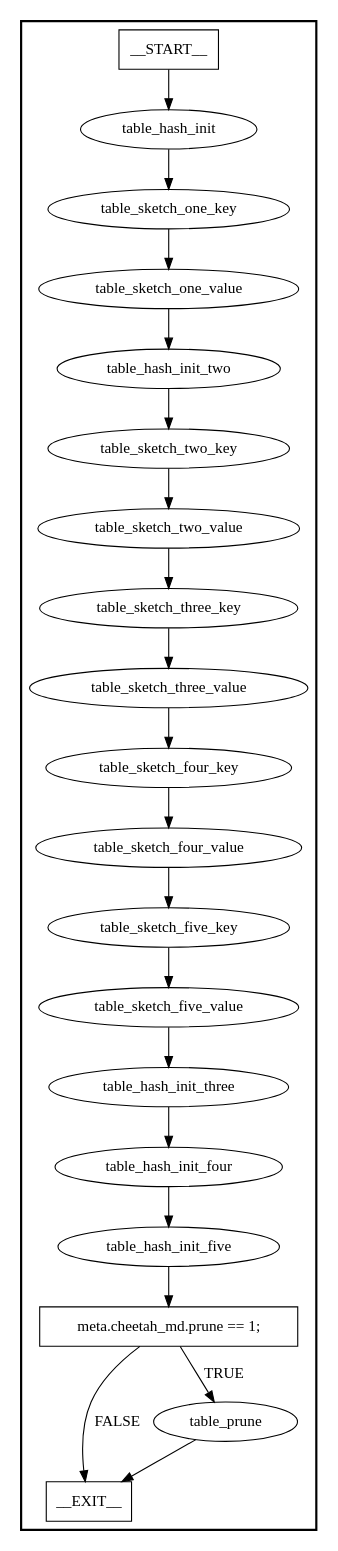
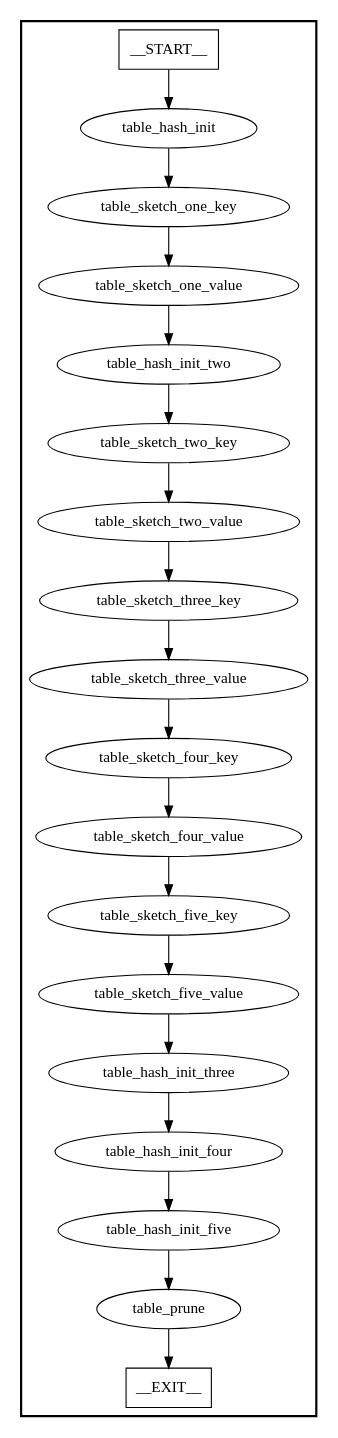
One commit to eniac/FP4 changed the diagram in instrumentation/mvbl/context_dot_cache/cheetah_groupby/ingress.dot. Above: the diagram before and after it, drawn with Graphviz. The commit also changed 8 other files, not shown here.

```diff
--- a/instrumentation/mvbl/context_dot_cache/cheetah_groupby/ingress.dot
+++ b/instrumentation/mvbl/context_dot_cache/cheetah_groupby/ingress.dot
@@ -1,44 +1,41 @@
 digraph ingress {
 subgraph cluster {
 graph [
 label="", labeljust=r, style=bold];
 0[label=__START__, margin="", shape=rectangle, style=solid];
 1[label=__EXIT__, margin="", shape=rectangle, style=solid];
 2[label=table_hash_init, margin="", shape=ellipse, style=solid];
 3[label=table_sketch_one_key, margin="", shape=ellipse, style=solid];
 4[label=table_sketch_one_value, margin="", shape=ellipse, style=solid];
 5[label=table_hash_init_two, margin="", shape=ellipse, style=solid];
 6[label=table_sketch_two_key, margin="", shape=ellipse, style=solid];
 7[label=table_sketch_two_value, margin="", shape=ellipse, style=solid];
 8[label=table_sketch_three_key, margin="", shape=ellipse, style=solid];
 9[label=table_sketch_three_value, margin="", shape=ellipse, style=solid];
 10[label=table_sketch_four_key, margin="", shape=ellipse, style=solid];
 11[label=table_sketch_four_value, margin="", shape=ellipse, style=solid];
 12[label=table_sketch_five_key, margin="", shape=ellipse, style=solid];
 13[label=table_sketch_five_value, margin="", shape=ellipse, style=solid];
 14[label=table_hash_init_three, margin="", shape=ellipse, style=solid];
 15[label=table_hash_init_four, margin="", shape=ellipse, style=solid];
 16[label=table_hash_init_five, margin="", shape=ellipse, style=solid];
-17[label="meta.cheetah_md.prune == 1;", margin="", shape=rectangle, style=solid];
-18[label=table_prune, margin="", shape=ellipse, style=solid];
+17[label=table_prune, margin="", shape=ellipse, style=solid];
 0 -> 2[label=""];
 2 -> 3[label=""];
 3 -> 4[label=""];
 4 -> 5[label=""];
 5 -> 6[label=""];
 6 -> 7[label=""];
 7 -> 8[label=""];
 8 -> 9[label=""];
 9 -> 10[label=""];
 10 -> 11[label=""];
 11 -> 12[label=""];
 12 -> 13[label=""];
 13 -> 14[label=""];
 14 -> 15[label=""];
 15 -> 16[label=""];
 16 -> 17[label=""];
-17 -> 18[label=TRUE];
-17 -> 1[label=FALSE];
-18 -> 1[label=""];
+17 -> 1[label=""];
 }
 }
```
